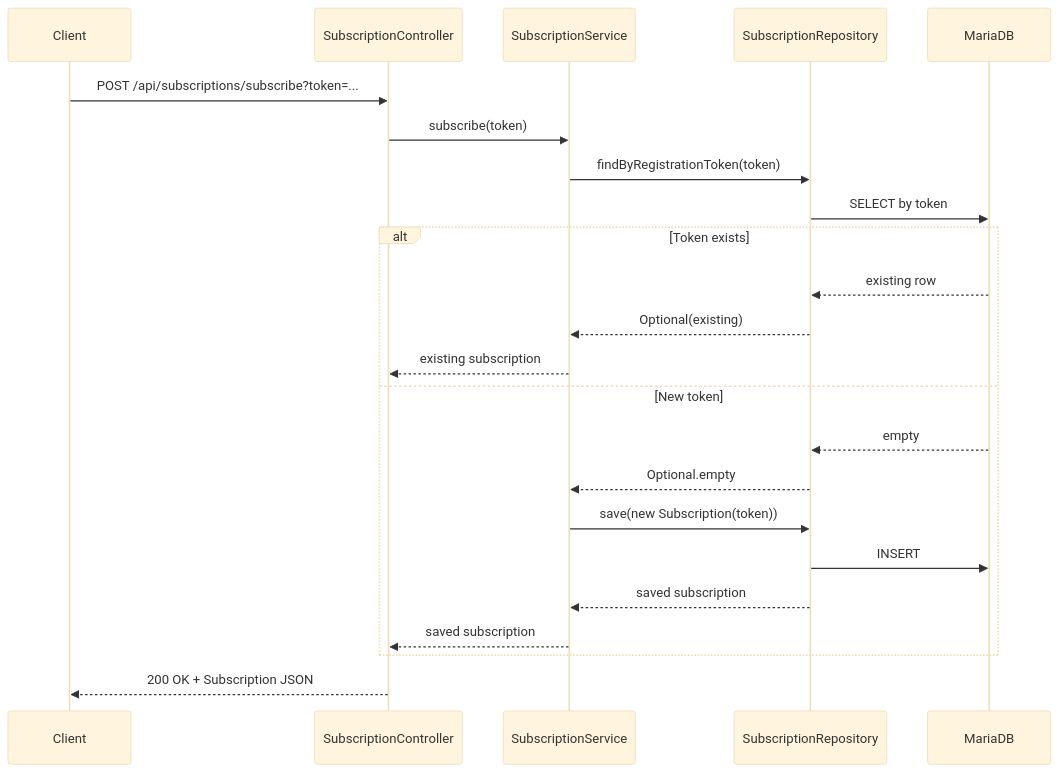
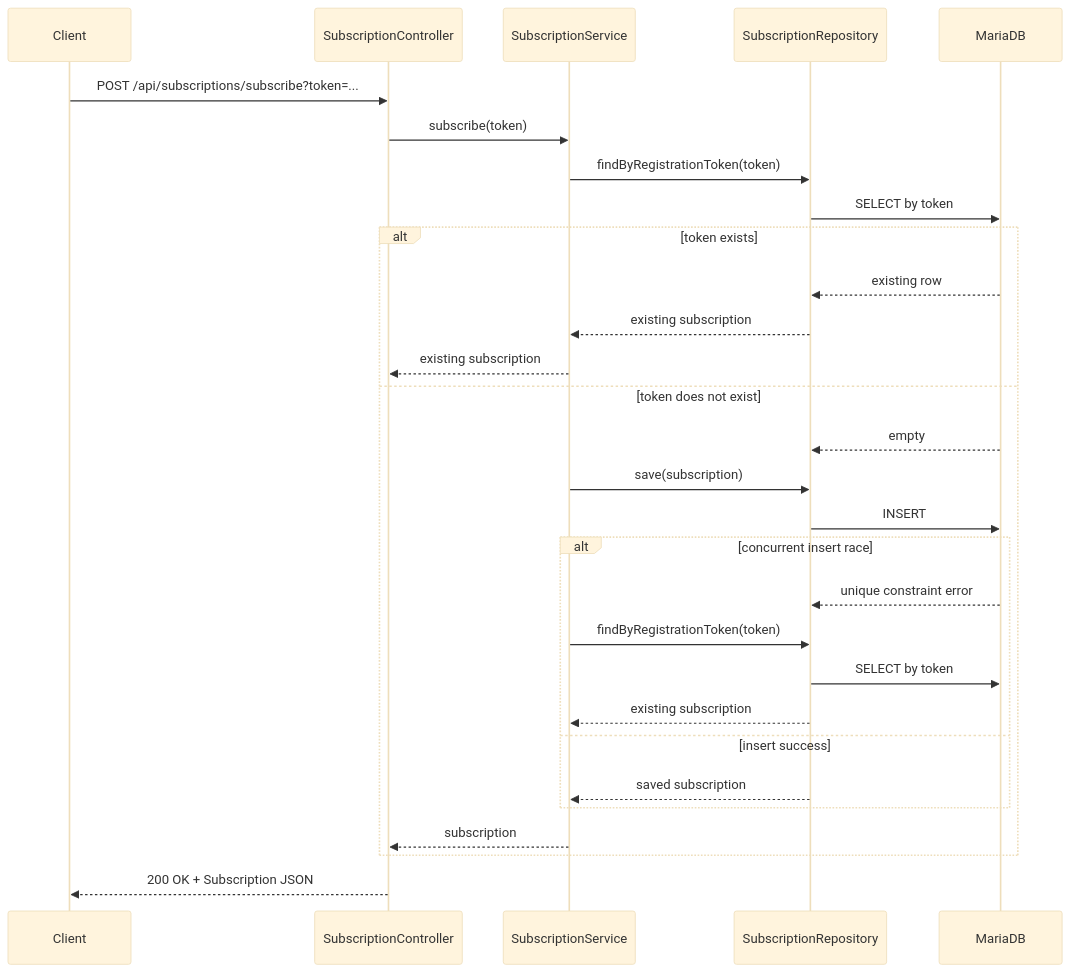
Before and after one commit to martinrevert/fcm-push-springboot-aot-GraalVM-multiarch: the second of 5 diagrams in README.md, drawn with Mermaid (base theme). The commit also changed other lines of this file, not shown here.

Commit message:
docs: update README to clarify FCM notifications, enhance service flow descriptions, and improve configuration details

````diff
--- a/README.md
+++ b/README.md
@@ -65,26 +56,32 @@
 ```mermaid
 sequenceDiagram
-    participant Client
-    participant Controller as SubscriptionController
-    participant Service as SubscriptionService
+    participant C as Client
+    participant Ctrl as SubscriptionController
+    participant Svc as SubscriptionService
     participant Repo as SubscriptionRepository
     participant DB as MariaDB
 
-    Client->>Controller: POST /api/subscriptions/subscribe?token=...
-    Controller->>Service: subscribe(token)
-    Service->>Repo: findByRegistrationToken(token)
+    C->>Ctrl: POST /api/subscriptions/subscribe?token=...
+    Ctrl->>Svc: subscribe(token)
+    Svc->>Repo: findByRegistrationToken(token)
     Repo->>DB: SELECT by token
-    alt Token exists
+    alt token exists
         DB-->>Repo: existing row
-        Repo-->>Service: Optional(existing)
-        Service-->>Controller: existing subscription
-    else New token
+        Repo-->>Svc: existing subscription
+        Svc-->>Ctrl: existing subscription
+    else token does not exist
         DB-->>Repo: empty
-        Repo-->>Service: Optional.empty
-        Service->>Repo: save(new Subscription(token))
+        Svc->>Repo: save(subscription)
         Repo->>DB: INSERT
-        Repo-->>Service: saved subscription
-        Service-->>Controller: saved subscription
+        alt concurrent insert race
+            DB-->>Repo: unique constraint error
+            Svc->>Repo: findByRegistrationToken(token)
+            Repo->>DB: SELECT by token
+            Repo-->>Svc: existing subscription
+        else insert success
+            Repo-->>Svc: saved subscription
+        end
+        Svc-->>Ctrl: subscription
     end
-    Controller-->>Client: 200 OK + Subscription JSON
+    Ctrl-->>C: 200 OK + Subscription JSON
 ```
````
